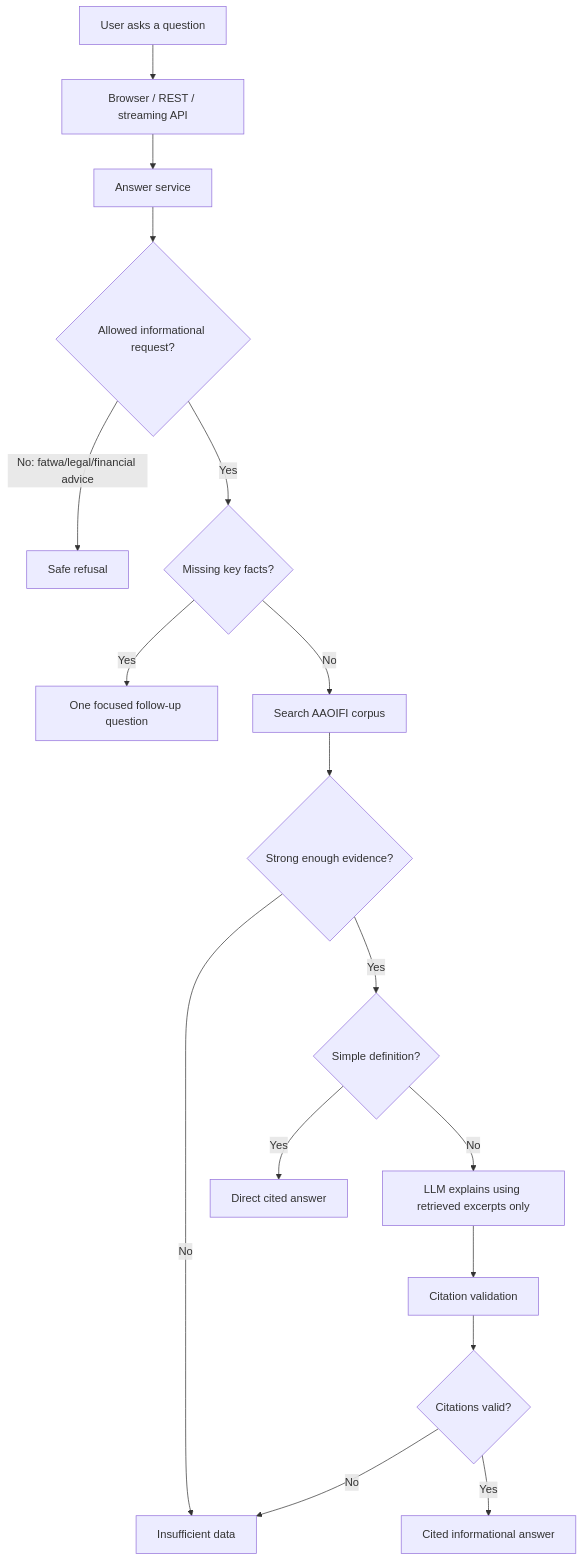
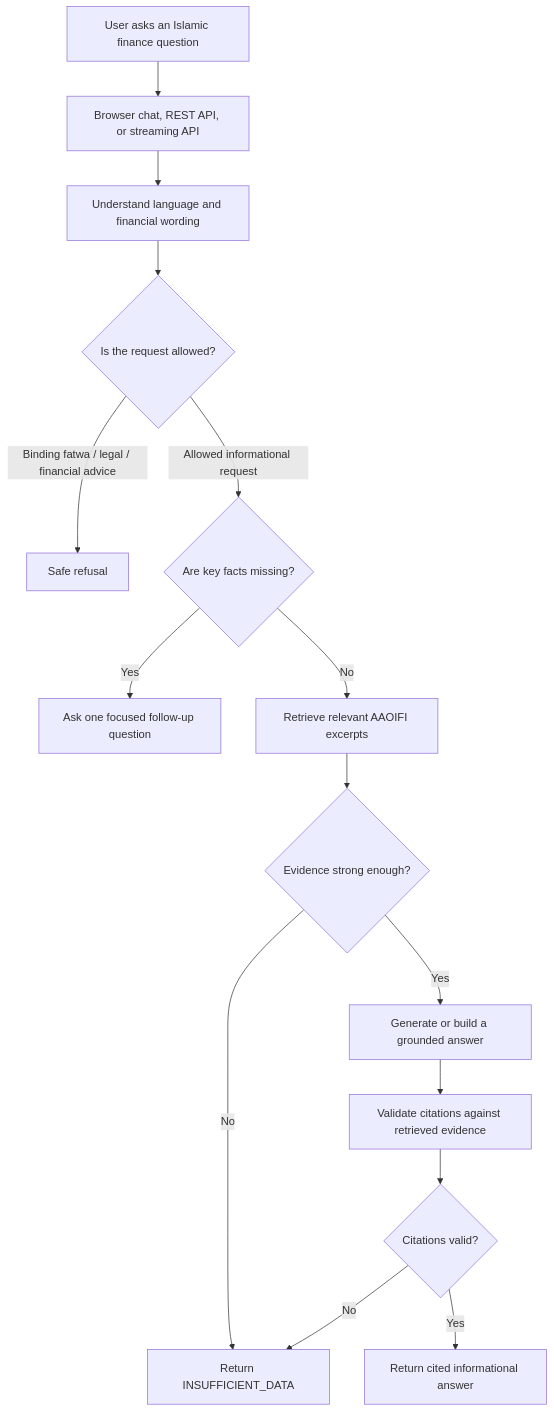
Before and after one commit to AhmedTElKodsh/Mushir-Sharia-Bot: the first of 19 diagrams in docs/client-plain-language-logic.md, drawn with Mermaid. The commit also changed other lines of this file, not shown here.

Commit message:
Enhance client plain-language project report with visuals

````diff
--- a/docs/client-plain-language-logic.md
+++ b/docs/client-plain-language-logic.md
@@ -64,19 +27,17 @@
 ```mermaid
 flowchart TD
-    User["User asks a question"] --> API["Browser / REST / streaming API"]
-    API --> Service["Answer service"]
-    Service --> Scope{"Allowed informational request?"}
-    Scope -- "No: fatwa/legal/financial advice" --> Refusal["Safe refusal"]
-    Scope -- "Yes" --> Clarify{"Missing key facts?"}
-    Clarify -- "Yes" --> Question["One focused follow-up question"]
-    Clarify -- "No" --> Retrieve["Search AAOIFI corpus"]
-    Retrieve --> Evidence{"Strong enough evidence?"}
-    Evidence -- "No" --> Insufficient["Insufficient data"]
-    Evidence -- "Yes" --> Definition{"Simple definition?"}
-    Definition -- "Yes" --> Direct["Direct cited answer"]
-    Definition -- "No" --> LLM["LLM explains using retrieved excerpts only"]
-    LLM --> Validate["Citation validation"]
-    Validate --> Result{"Citations valid?"}
-    Result -- "No" --> Insufficient
-    Result -- "Yes" --> Answer["Cited informational answer"]
+    User["User asks an Islamic finance question"] --> Entry["Browser chat, REST API, or streaming API"]
+    Entry --> Understand["Understand language and financial wording"]
+    Understand --> Scope{"Is the request allowed?"}
+    Scope -- "Binding fatwa / legal / financial advice" --> Refuse["Safe refusal"]
+    Scope -- "Allowed informational request" --> Clarity{"Are key facts missing?"}
+    Clarity -- "Yes" --> Clarify["Ask one focused follow-up question"]
+    Clarity -- "No" --> Retrieve["Retrieve relevant AAOIFI excerpts"]
+    Retrieve --> Evidence{"Evidence strong enough?"}
+    Evidence -- "No" --> Insufficient["Return INSUFFICIENT_DATA"]
+    Evidence -- "Yes" --> Generate["Generate or build a grounded answer"]
+    Generate --> Validate["Validate citations against retrieved evidence"]
+    Validate --> Final{"Citations valid?"}
+    Final -- "Yes" --> Answer["Return cited informational answer"]
+    Final -- "No" --> Insufficient
 ```
````
